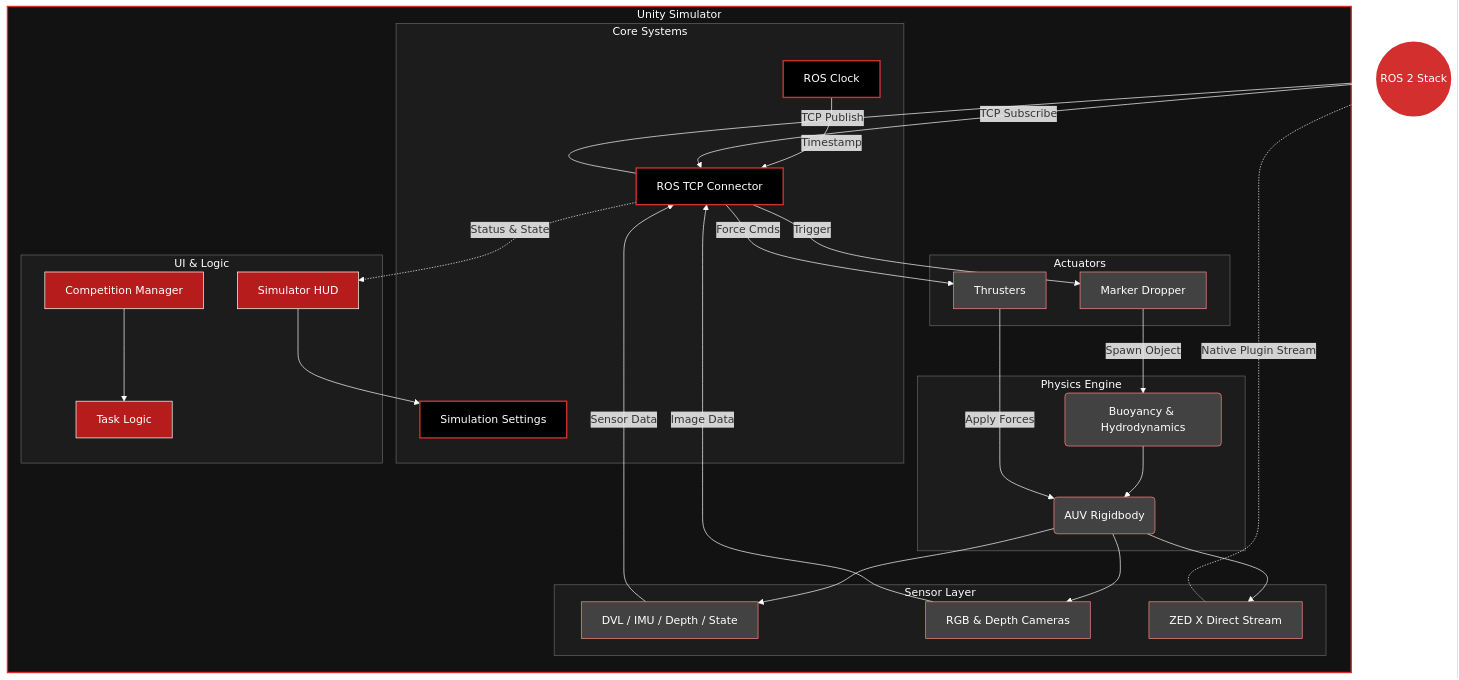
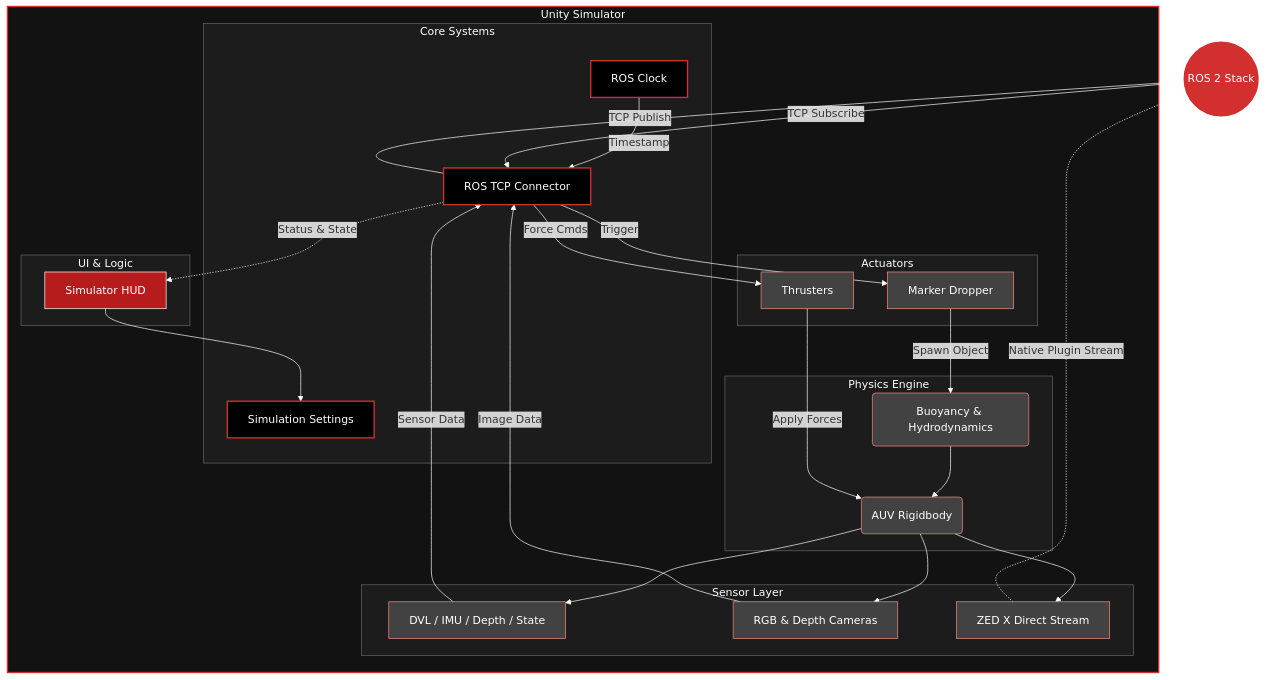
The diagram in README.md (mcgill-robotics/auv-sim-unity), drawn with Mermaid before and after one commit. The commit also changed other lines of this file and 50 other files, not shown here.

First line of the commit message:
Remove unused competition logic and fix front camera refraction in the HUD

```diff
--- a/README.md
+++ b/README.md
@@ -108,11 +107,8 @@
         subgraph User_Interaction [UI & Logic]
             style User_Interaction fill:#1c1c1c,stroke:#666,color:#fff
             HUD[Simulator HUD]:::logic
-            CompMgr[Competition Manager]:::logic
-            Tasks[Task Logic]:::logic
-            
+
             HUD --> Settings
-            CompMgr --> Tasks
         end
     end
 
```
